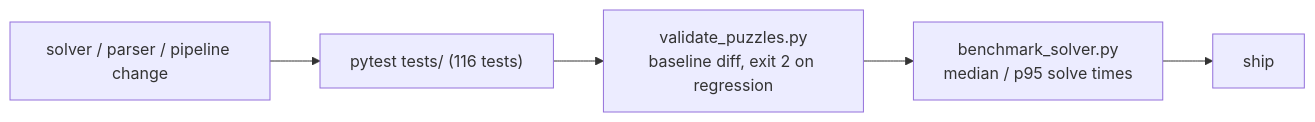
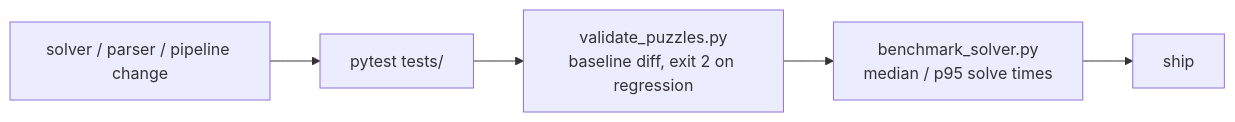
The eighth of 8 diagrams in docs/ARCHITECTURE.md (ksavill/universal-flow-game-solver), drawn with Mermaid before and after one commit. The commit also changed other lines of this file and 45 other files, not shown here.

First line of the commit message:
feat: complete production readiness and solver roadmap

````diff
--- a/docs/ARCHITECTURE.md
+++ b/docs/ARCHITECTURE.md
@@ -269,7 +278,7 @@
 ```mermaid
 flowchart LR
-    CHANGE[solver / parser / pipeline change] --> T["pytest tests/ (116 tests)"]
+    CHANGE[solver / parser / pipeline change] --> T["pytest tests/"]
     T --> VP["validate_puzzles.py<br/>baseline diff, exit 2 on regression"]
     VP --> BM["benchmark_solver.py<br/>median / p95 solve times"]
     BM --> SHIP[ship]
 ```
````
